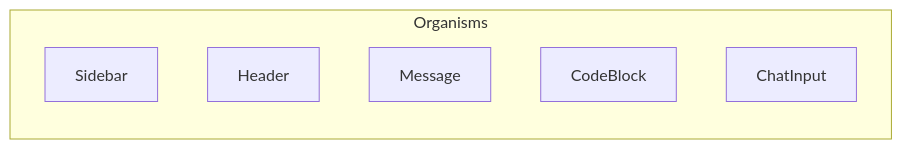
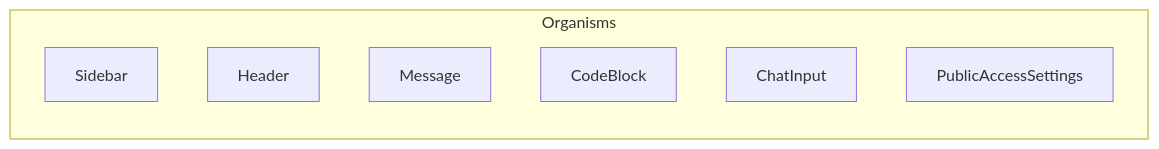
The fourth of 7 diagrams in doc/frontend-component-design.md (thirai-classlab/Claude-Code-Cloud), drawn with Mermaid before and after one commit. The commit also changed other lines of this file and 16 other files, not shown here.

````diff
--- a/doc/frontend-component-design.md
+++ b/doc/frontend-component-design.md
@@ -102,10 +109,11 @@
 ```mermaid
 graph LR
     subgraph Organisms
         Sidebar["Sidebar"]
         Header["Header"]
         Message["Message"]
         CodeBlock["CodeBlock"]
         ChatInput["ChatInput"]
+        PublicAccessSettings["PublicAccessSettings"]
     end
 ```
````
